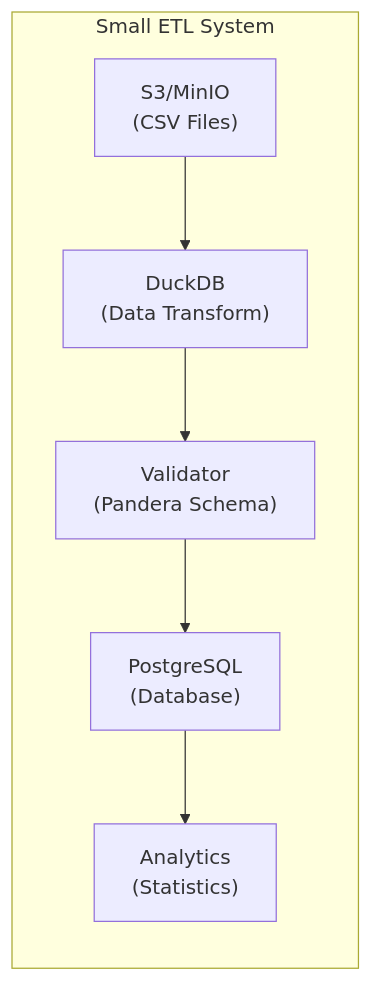
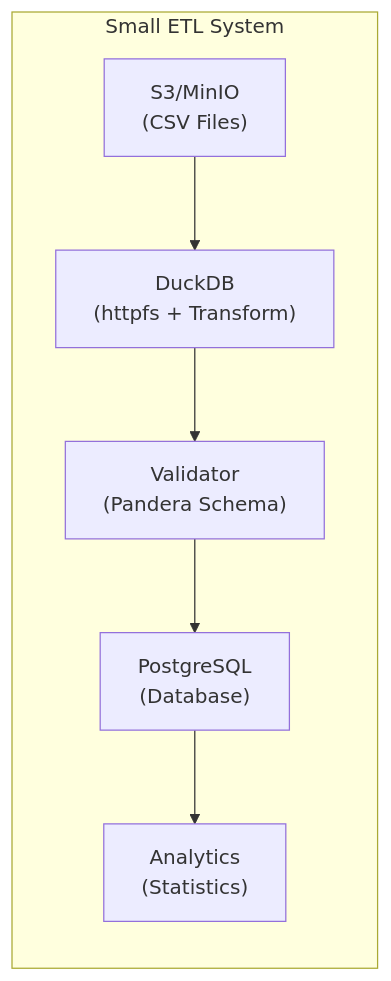
One commit to zhj0513/small_etl changed the first of 8 diagrams in doc/architecture.md. Above: the diagram before and after it, drawn with Mermaid. The commit also changed other lines of this file and 3 other files, not shown here.

````diff
--- a/doc/architecture.md
+++ b/doc/architecture.md
@@ -9,9 +9,9 @@
 ```mermaid
 flowchart LR
     subgraph SYS["Small ETL System"]
-        S3["S3/MinIO\n(CSV Files)"] --> DuckDB["DuckDB\n(Data Transform)"]
+        S3["S3/MinIO\n(CSV Files)"] --> DuckDB["DuckDB\n(httpfs + Transform)"]
         DuckDB --> Validator["Validator\n(Pandera Schema)"]
         Validator --> PG["PostgreSQL\n(Database)"]
         PG --> Analytics["Analytics\n(Statistics)"]
     end
 ```
````
